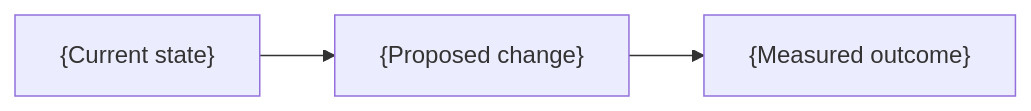
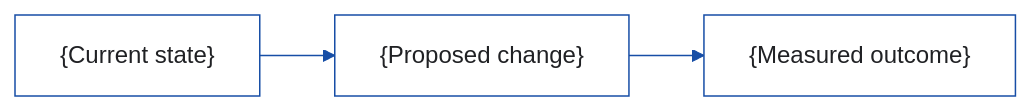
One commit to fmind/dot changed the diagram in skills/humanize/templates/report.md. Above: the diagram before and after it, drawn with Mermaid. The commit also changed other lines of this file and 270 other files, not shown here.

````diff
--- a/skills/humanize/templates/report.md
+++ b/skills/humanize/templates/report.md
@@ -48,4 +36,16 @@
 ```mermaid
+---
+config:
+  fontFamily: '"Google Sans", sans-serif'
+  layout: dagre
+  look: classic
+  theme: base
+  themeVariables:
+    primaryColor: "#ffffff"
+    primaryTextColor: "#202124"
+    primaryBorderColor: "#174ea6"
+    lineColor: "#174ea6"
+---
 flowchart LR
-  A["{Current state}"] --> B["{Proposed change}"] --> C["{Measured outcome}"]
+  CurrentState["{Current state}"] --> ProposedChange["{Proposed change}"] --> MeasuredOutcome["{Measured outcome}"]
 ```
````
